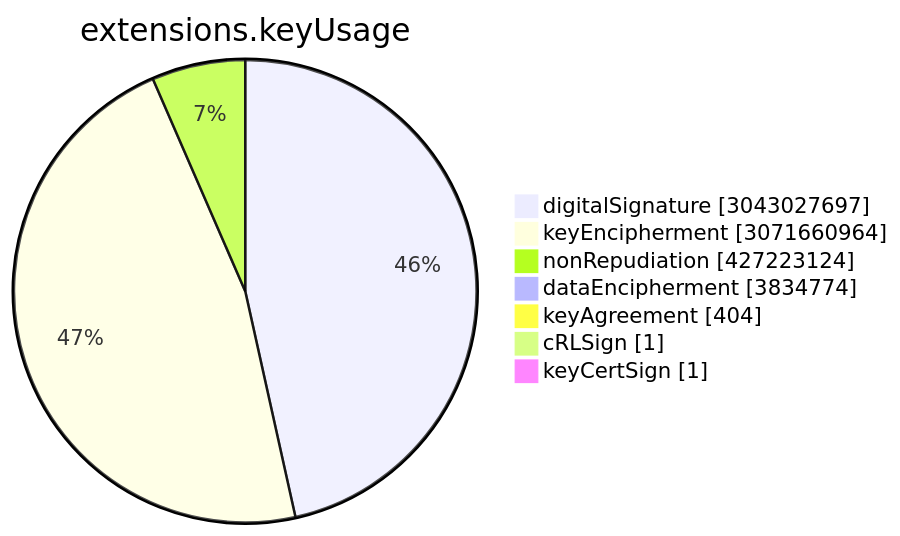
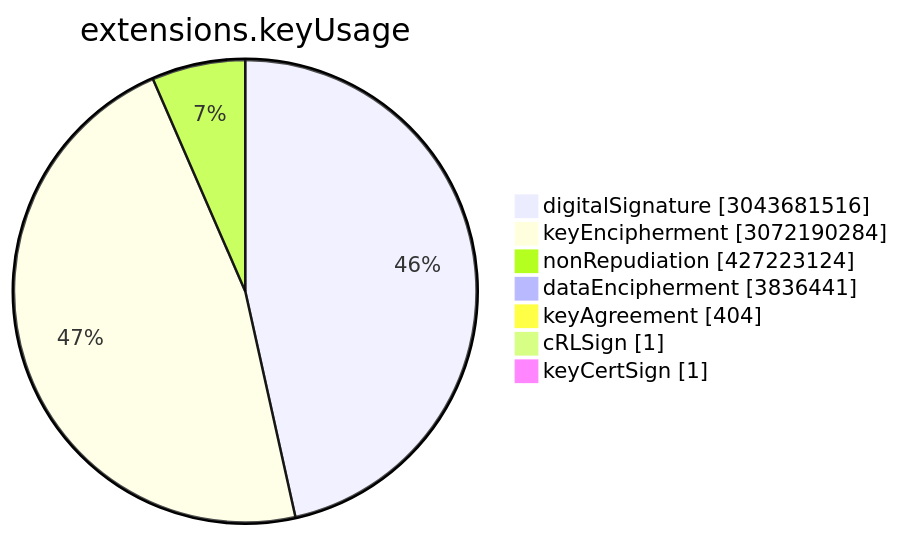
One commit to christiankrug/ctmonitor_visualization changed the sixth of 15 diagrams in TOTAL/README.md. Above: the diagram before and after it, drawn with Mermaid. The commit also changed other lines of this file, not shown here.

````diff
--- a/TOTAL/README.md
+++ b/TOTAL/README.md
@@ -3077,11 +3077,11 @@
 ```mermaid
 pie showData
 title extensions.keyUsage
-"digitalSignature" :3043027697
-"keyEncipherment" :3071660964
+"digitalSignature" :3043681516
+"keyEncipherment" :3072190284
 "nonRepudiation" :427223124
-"dataEncipherment" :3834774
+"dataEncipherment" :3836441
 "keyAgreement" :404
 "cRLSign" :1
 "keyCertSign" :1
 ```
````
